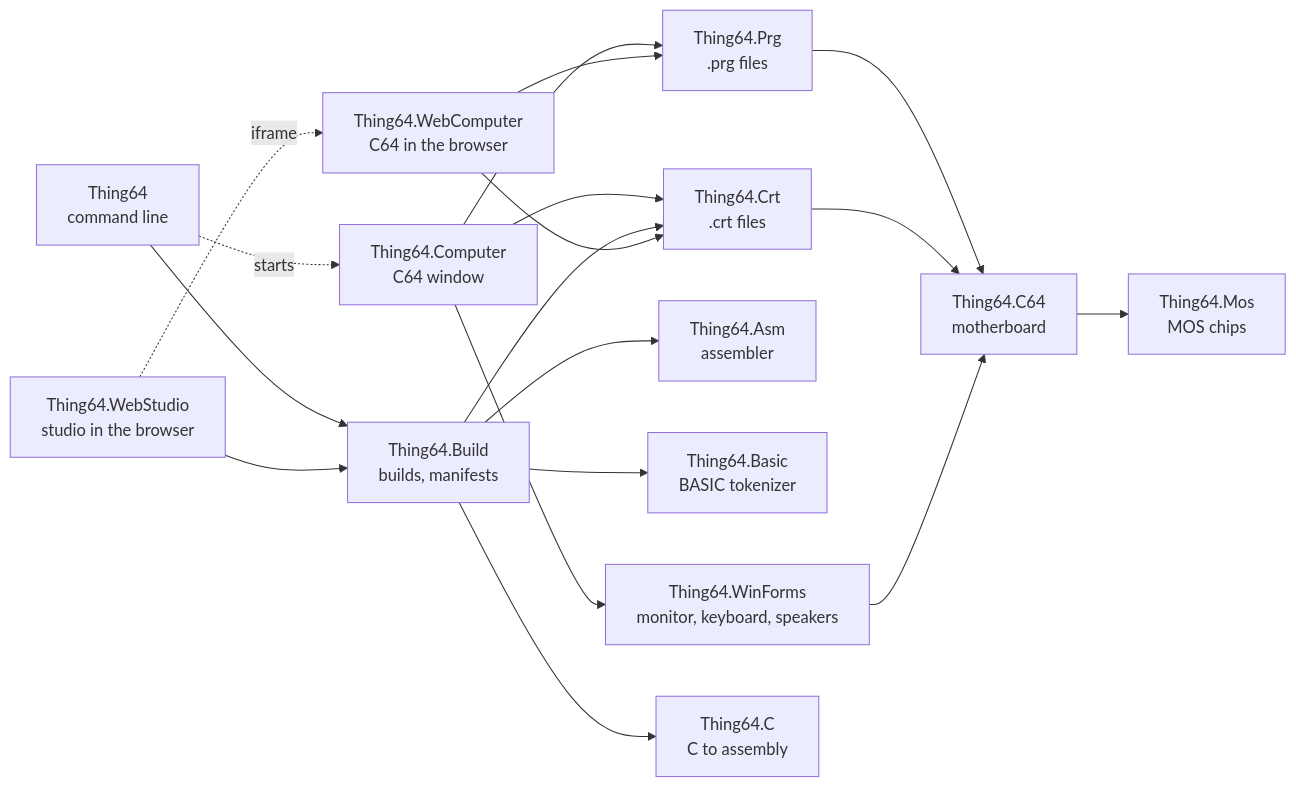
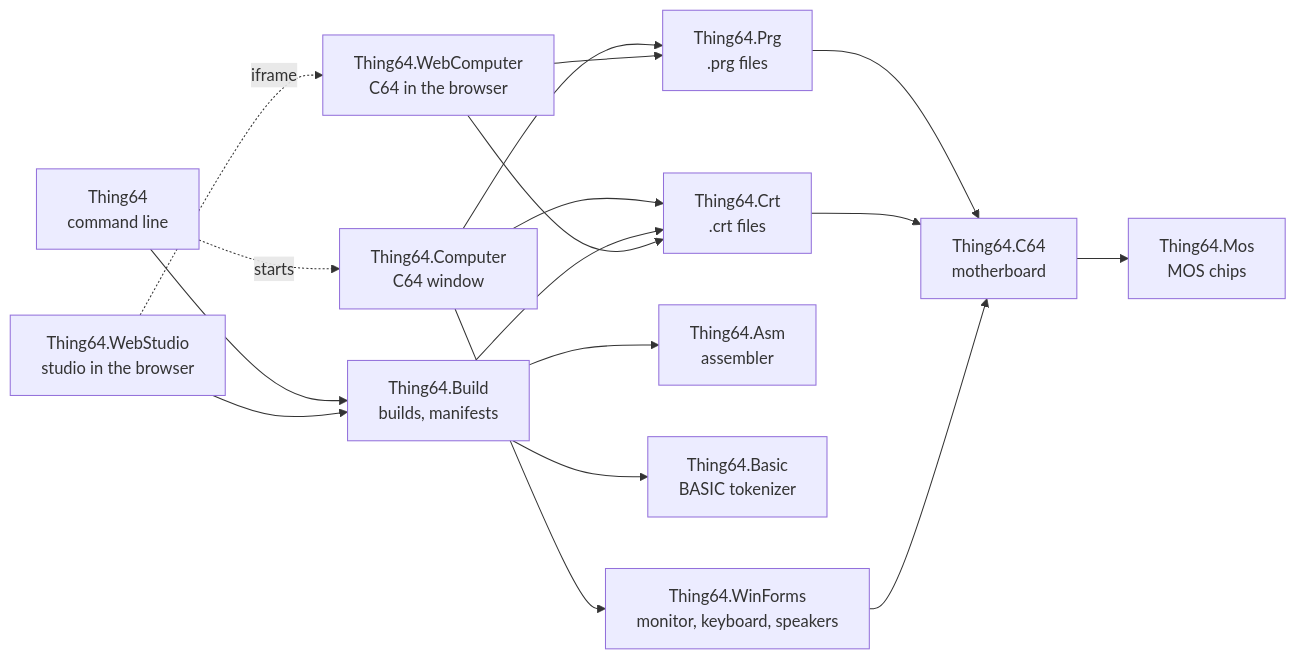
One commit to marcoparenzan/ThingRetro changed the first of 2 diagrams in docs/ARCHITECTURE.md. Above: the diagram before and after it, drawn with Mermaid. The commit also changed other lines of this file and 18 other files, not shown here.

````diff
--- a/docs/ARCHITECTURE.md
+++ b/docs/ARCHITECTURE.md
@@ -9,33 +9,31 @@
 ```mermaid
 flowchart LR
     Mos[Thing64.Mos<br/>MOS chips]
     C64[Thing64.C64<br/>motherboard]
     Prg[Thing64.Prg<br/>.prg files]
     Crt[Thing64.Crt<br/>.crt files]
     Asm[Thing64.Asm<br/>assembler]
     Basic[Thing64.Basic<br/>BASIC tokenizer]
     WinForms[Thing64.WinForms<br/>monitor, keyboard, speakers]
     Computer[Thing64.Computer<br/>C64 window]
     Cli[Thing64<br/>command line]
     C64 --> Mos
     Prg --> C64
     Crt --> C64
     WinForms --> C64
     Computer --> Prg
     Computer --> Crt
     Computer --> WinForms
     Build[Thing64.Build<br/>builds, manifests]
     Build --> Asm
     Build --> Basic
-    CLang[Thing64.C<br/>C to assembly]
-    Build --> CLang
     Build --> Crt
     Cli --> Build
     Cli -. starts .-> Computer
     Web[Thing64.WebComputer<br/>C64 in the browser]
     Web --> Prg
     Web --> Crt
     WebStudio[Thing64.WebStudio<br/>studio in the browser]
     WebStudio --> Build
     WebStudio -. iframe .-> Web
 ```
````
